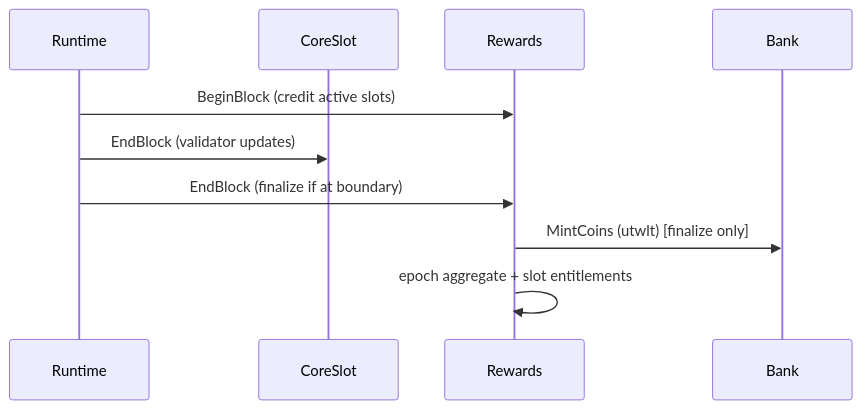
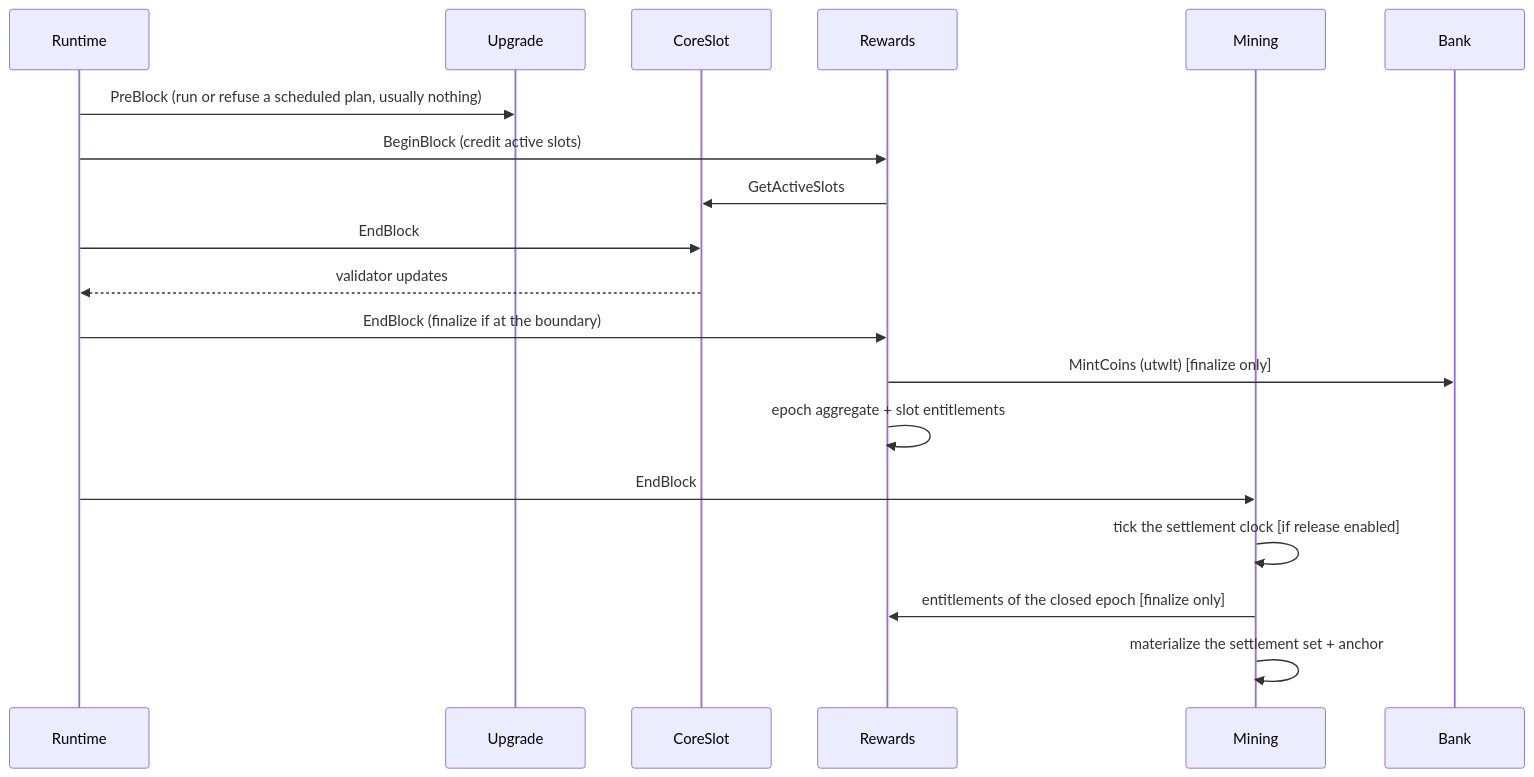
Before and after one commit to twilight-project/twilight-core: the diagram in website/docs/chain/lifecycle.md, drawn with Mermaid. The commit also changed other lines of this file and 10 other files, not shown here.

````diff
--- a/website/docs/chain/lifecycle.md
+++ b/website/docs/chain/lifecycle.md
@@ -40,12 +65,21 @@
 ```mermaid
 sequenceDiagram
     participant Runtime
+    participant Upgrade
     participant CoreSlot
     participant Rewards
+    participant Mining
     participant Bank
+    Runtime->>Upgrade: PreBlock (run or refuse a scheduled plan, usually nothing)
     Runtime->>Rewards: BeginBlock (credit active slots)
-    Runtime->>CoreSlot: EndBlock (validator updates)
-    Runtime->>Rewards: EndBlock (finalize if at boundary)
+    Rewards->>CoreSlot: GetActiveSlots
+    Runtime->>CoreSlot: EndBlock
+    CoreSlot-->>Runtime: validator updates
+    Runtime->>Rewards: EndBlock (finalize if at the boundary)
     Rewards->>Bank: MintCoins (utwlt) [finalize only]
     Rewards->>Rewards: epoch aggregate + slot entitlements
+    Runtime->>Mining: EndBlock
+    Mining->>Mining: tick the settlement clock [if release enabled]
+    Mining->>Rewards: entitlements of the closed epoch [finalize only]
+    Mining->>Mining: materialize the settlement set + anchor
 ```
````
